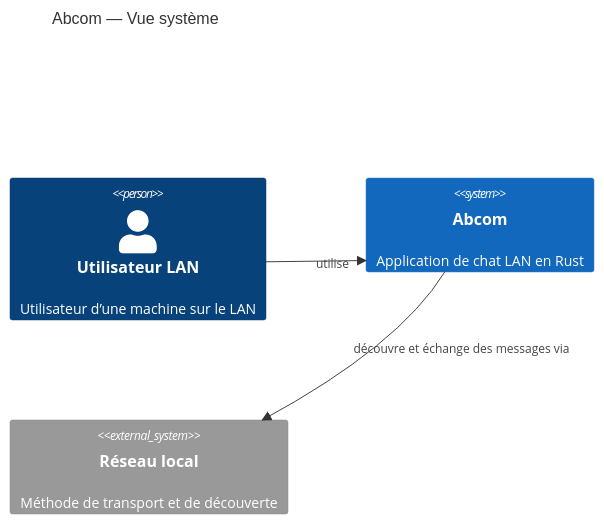
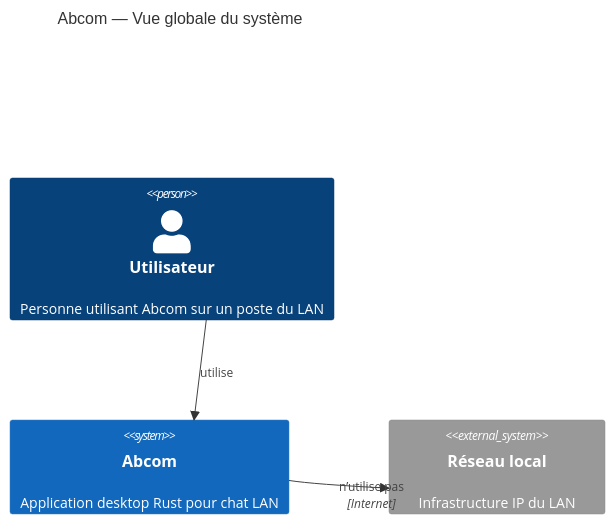
The diagram in README.md (Abend-core/abcom), drawn with Mermaid before and after one commit. The commit also changed other lines of this file and 35 other files, not shown here.

````diff
--- a/README.md
+++ b/README.md
@@ -15,9 +12,10 @@
 ```mermaid
 C4Context
-    title Abcom — Vue système
-    Person(user, "Utilisateur LAN", "Utilisateur d’une machine sur le LAN")
-    System(abcom, "Abcom", "Application de chat LAN en Rust")
-    System_Ext(network, "Réseau local", "Méthode de transport et de découverte")
+    title Abcom — Vue globale du système
+    Person(user, "Utilisateur", "Personne utilisant Abcom sur un poste du LAN")
+    System(abcom, "Abcom", "Application desktop Rust pour chat LAN")
+    System_Ext(network, "Réseau local", "Infrastructure IP du LAN")
     Rel(user, abcom, "utilise")
-    Rel(abcom, network, "découvre et échange des messages via")
+    Rel(abcom, network, "découvre des pairs et échange des messages")
+    Rel(abcom, network, "n’utilise pas", "Internet")
 ```
````
